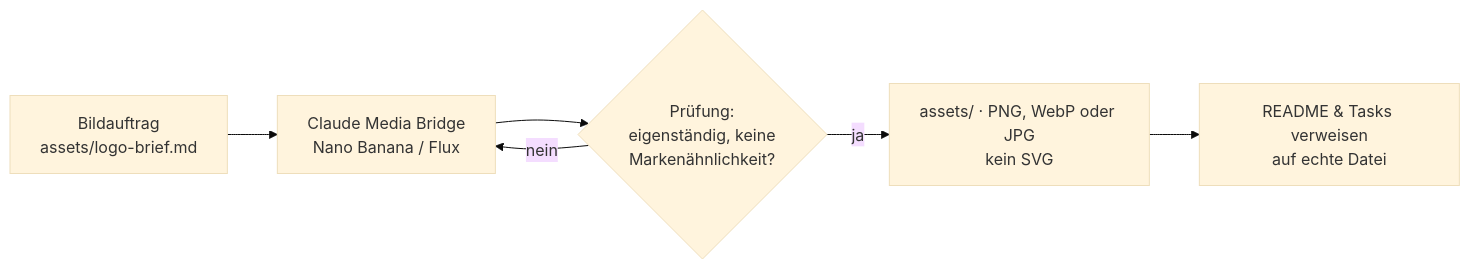
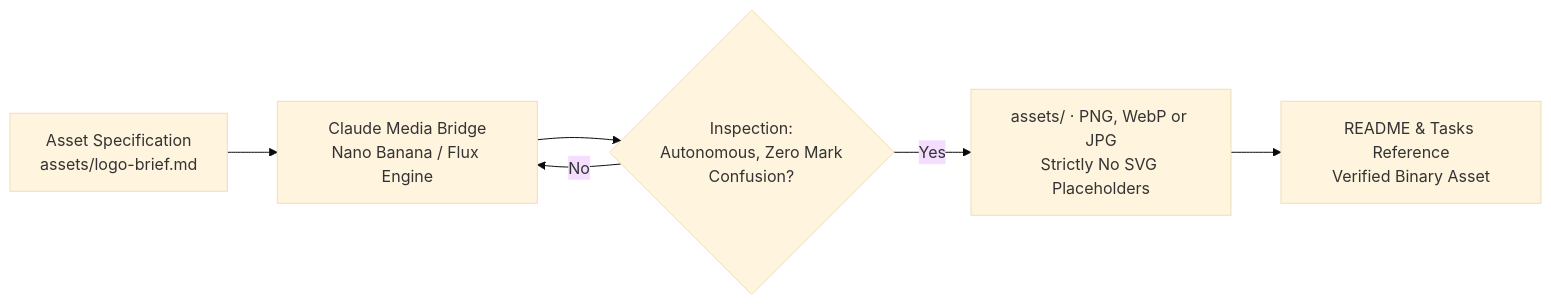
Before and after one commit to mertgoevse-wq/claudroide: the second of 2 diagrams in README.md, drawn with Mermaid (base theme). The commit also changed other lines of this file and 6 other files, not shown here.

````diff
--- a/README.md
+++ b/README.md
@@ -153,8 +159,8 @@
 ```mermaid
 flowchart LR
-    A[Bildauftrag<br/>assets/logo-brief.md] --> B[Claude Media Bridge<br/>Nano Banana / Flux]
-    B --> C{Prüfung:<br/>eigenständig, keine<br/>Markenähnlichkeit?}
-    C -- ja --> D[assets/ · PNG, WebP oder JPG<br/>kein SVG]
-    C -- nein --> B
-    D --> E[README & Tasks verweisen<br/>auf echte Datei]
+    A[Asset Specification<br/>assets/logo-brief.md] --> B[Claude Media Bridge<br/>Nano Banana / Flux Engine]
+    B --> C{Inspection:<br/>Autonomous, Zero Mark<br/>Confusion?}
+    C -- Yes --> D[assets/ · PNG, WebP or JPG<br/>Strictly No SVG Placeholders]
+    C -- No --> B
+    D --> E[README & Tasks Reference<br/>Verified Binary Asset]
 ```
````
